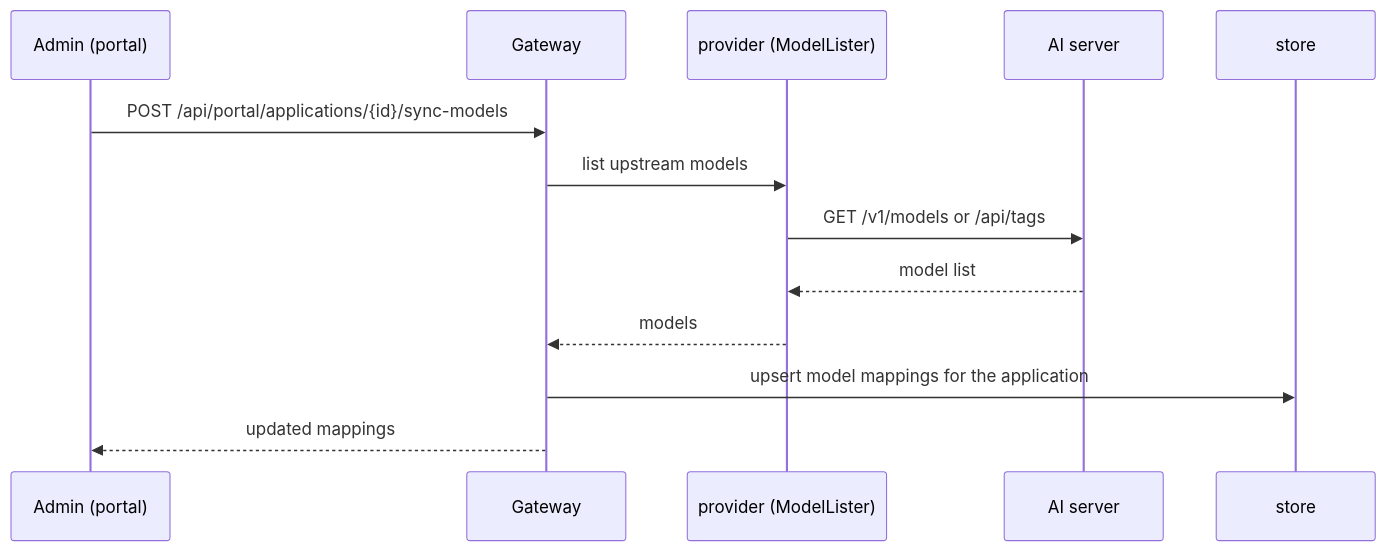
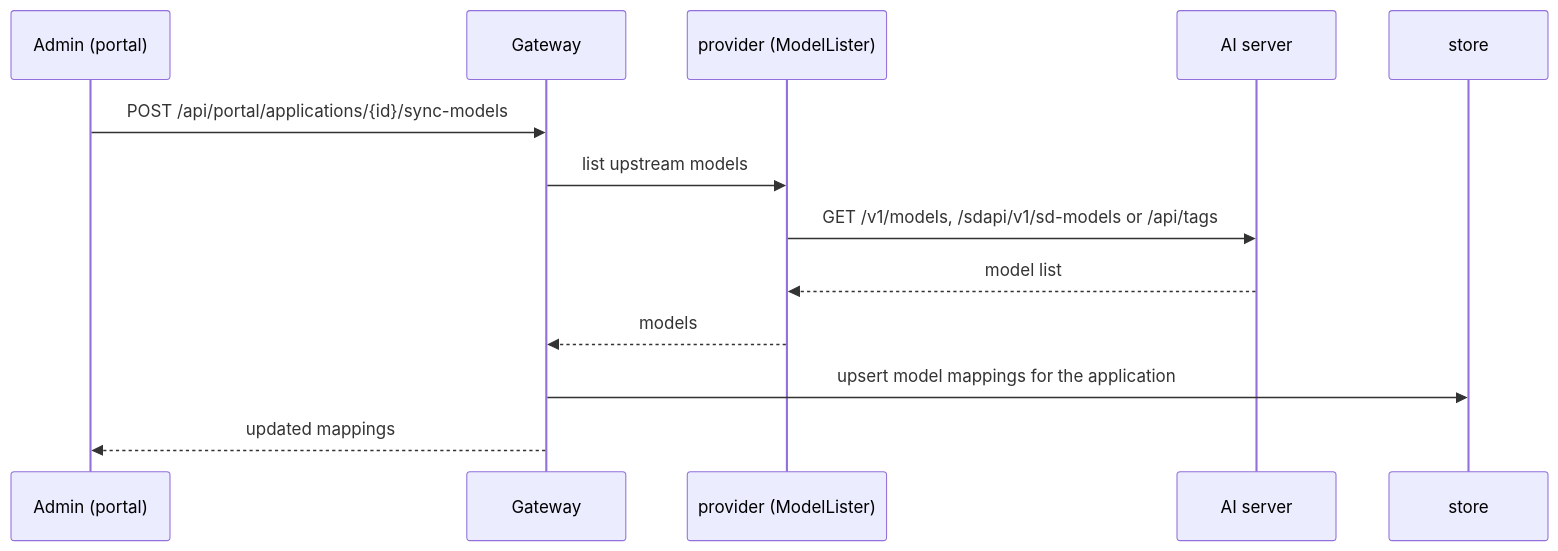
Before and after one commit to JLor08/op-ai-gateway: the fourth of 8 diagrams in docs/architecture/06-runtime-view.md, drawn with Mermaid. The commit also changed other lines of this file and 84 other files, not shown here.

````diff
--- a/docs/architecture/06-runtime-view.md
+++ b/docs/architecture/06-runtime-view.md
@@ -89,16 +89,16 @@
 ```mermaid
 sequenceDiagram
     participant A as Admin (portal)
     participant GW as Gateway
     participant PR as provider (ModelLister)
     participant AI as AI server
     participant S as store
 
     A->>GW: POST /api/portal/applications/{id}/sync-models
     GW->>PR: list upstream models
-    PR->>AI: GET /v1/models or /api/tags
+    PR->>AI: GET /v1/models, /sdapi/v1/sd-models or /api/tags
     AI-->>PR: model list
     PR-->>GW: models
     GW->>S: upsert model mappings for the application
     GW-->>A: updated mappings
 ```
````
